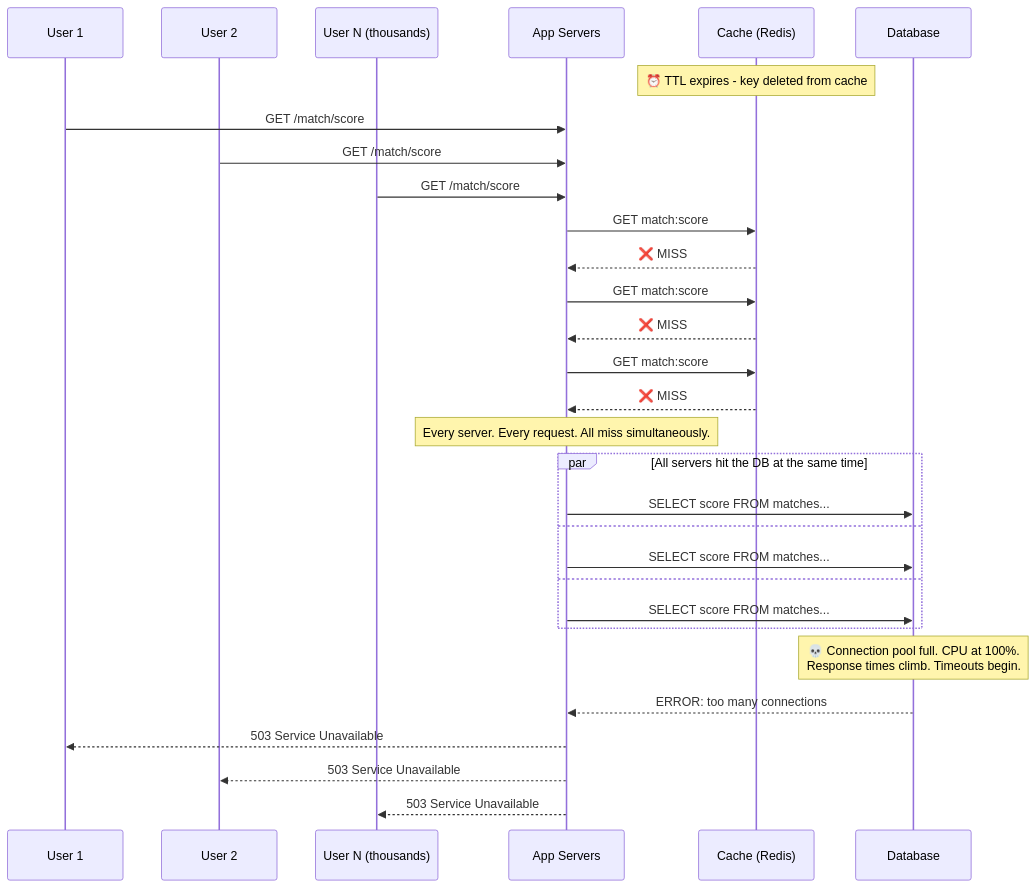
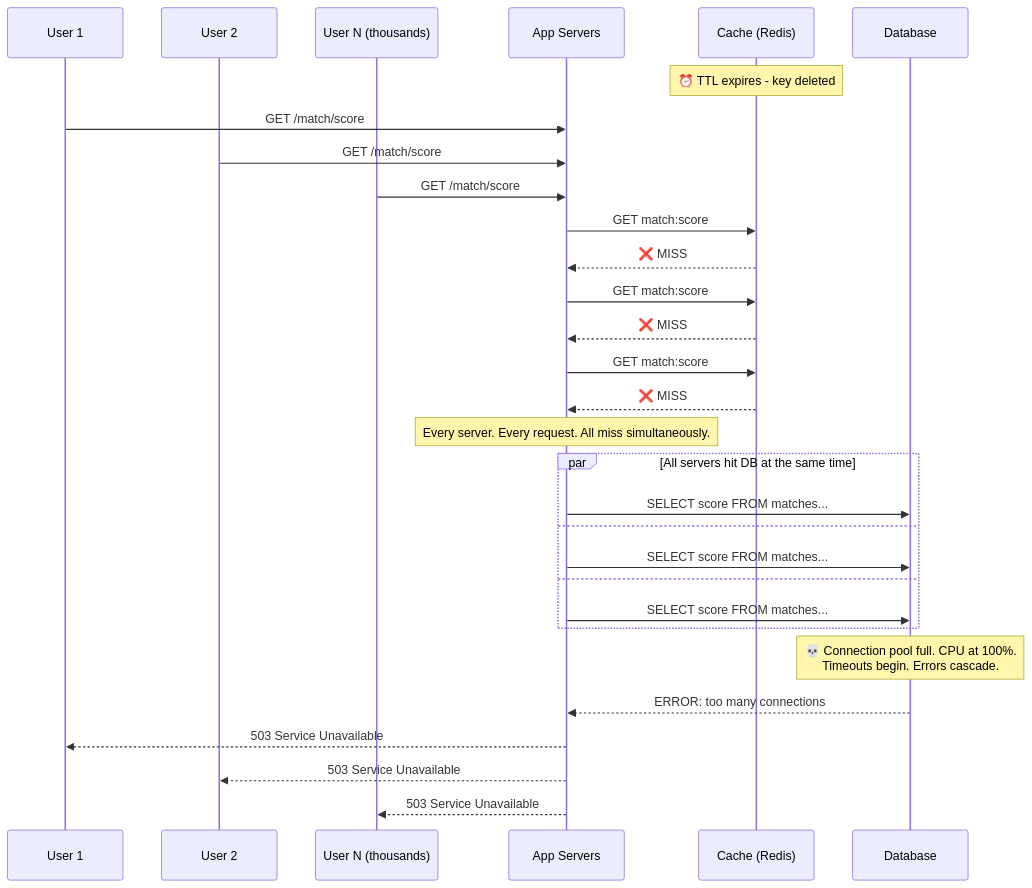
The second of 12 diagrams in content/posts/38-thundering-herd.md (g-savitha/portfolio), drawn with Mermaid before and after one commit. The commit also changed other lines of this file, not shown here.

````diff
--- a/content/posts/38-thundering-herd.md
+++ b/content/posts/38-thundering-herd.md
@@ -84,38 +68,38 @@
 ```mermaid
 sequenceDiagram
     participant U1 as User 1
     participant U2 as User 2
     participant UN as User N (thousands)
     participant App as App Servers
     participant C as Cache (Redis)
     participant DB as Database
 
-    Note over C: ⏰ TTL expires - key deleted from cache
+    Note over C: ⏰ TTL expires - key deleted
 
     U1->>App: GET /match/score
     U2->>App: GET /match/score
     UN->>App: GET /match/score
 
     App->>C: GET match:score
     C-->>App: ❌ MISS
     App->>C: GET match:score
     C-->>App: ❌ MISS
     App->>C: GET match:score
     C-->>App: ❌ MISS
 
     Note over App: Every server. Every request. All miss simultaneously.
 
-    par All servers hit the DB at the same time
+    par All servers hit DB at the same time
         App->>DB: SELECT score FROM matches...
     and
         App->>DB: SELECT score FROM matches...
     and
         App->>DB: SELECT score FROM matches...
     end
 
-    Note over DB: 💀 Connection pool full. CPU at 100%.<br/>Response times climb. Timeouts begin.
+    Note over DB: 💀 Connection pool full. CPU at 100%.<br/>Timeouts begin. Errors cascade.
     DB-->>App: ERROR: too many connections
     App-->>U1: 503 Service Unavailable
     App-->>U2: 503 Service Unavailable
     App-->>UN: 503 Service Unavailable
 ```
````
